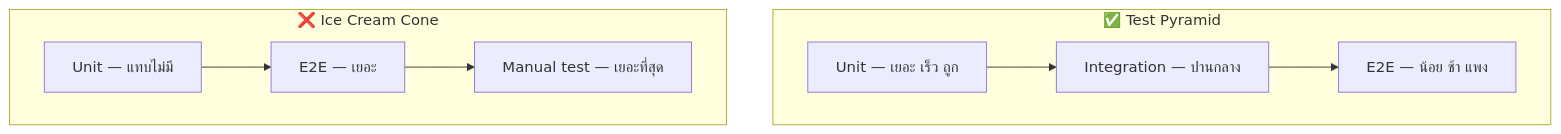
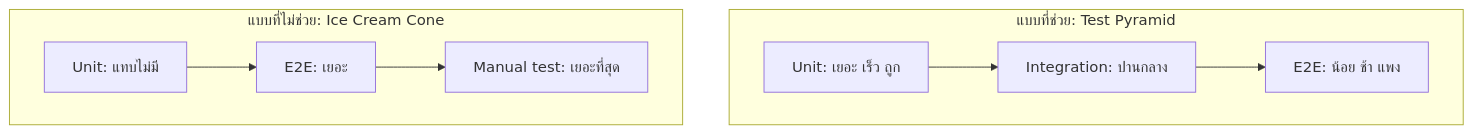
One commit to CE-SDPX/SDPX-AI changed the fifth of 19 diagrams in readings/03-software-testing.md. Above: the diagram before and after it, drawn with Mermaid. The commit also changed other lines of this file and 6 other files, not shown here.

````diff
--- a/readings/03-software-testing.md
+++ b/readings/03-software-testing.md
@@ -193,15 +190,15 @@
 ```mermaid
 flowchart TB
-    subgraph pyr["✅ Test Pyramid"]
-        P3["E2E — น้อย ช้า แพง"]
-        P2["Integration — ปานกลาง"]
-        P1["Unit — เยอะ เร็ว ถูก"]
+    subgraph pyr["แบบที่ช่วย: Test Pyramid"]
+        P3["E2E: น้อย ช้า แพง"]
+        P2["Integration: ปานกลาง"]
+        P1["Unit: เยอะ เร็ว ถูก"]
         P1 --> P2 --> P3
     end
-    subgraph cone["❌ Ice Cream Cone"]
-        C3["Manual test — เยอะที่สุด"]
-        C2["E2E — เยอะ"]
-        C1["Unit — แทบไม่มี"]
+    subgraph cone["แบบที่ไม่ช่วย: Ice Cream Cone"]
+        C3["Manual test: เยอะที่สุด"]
+        C2["E2E: เยอะ"]
+        C1["Unit: แทบไม่มี"]
         C1 --> C2 --> C3
     end
 ```
````
